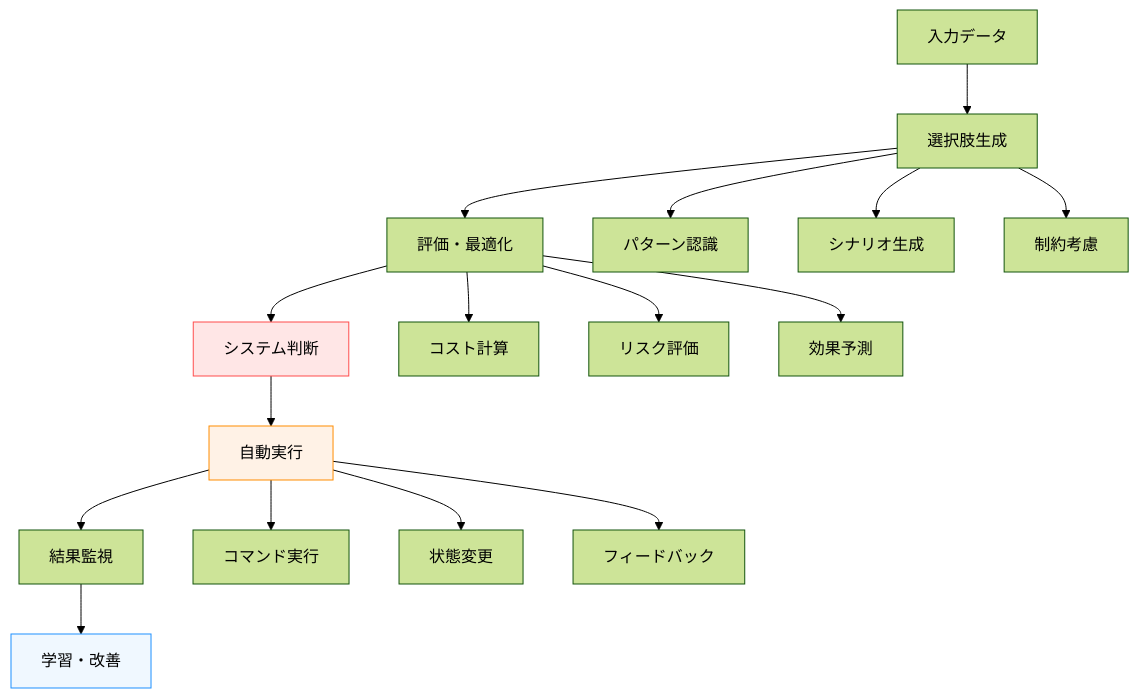
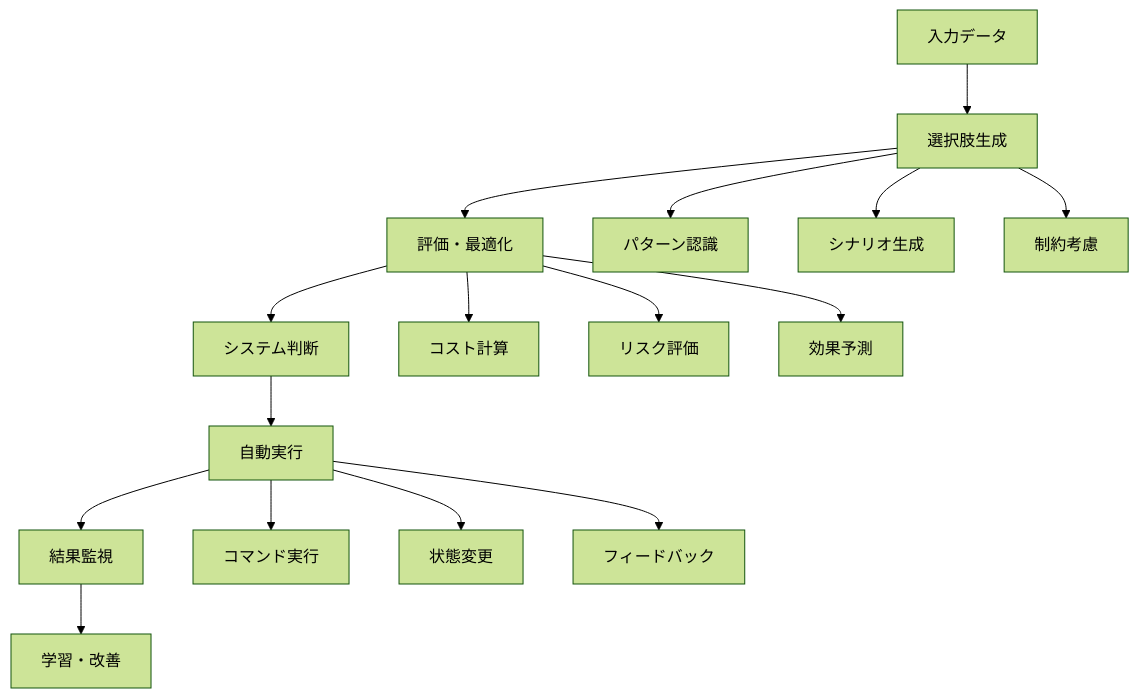
One commit to shuji-bonji/Situational-Awareness-and-Decision-Making changed the third of 3 diagrams in docs/software/sa-vs-dm-systems.md. Above: the diagram before and after it, drawn with Mermaid (forest theme). The commit also changed other lines of this file and 49 other files, not shown here.

Commit message:
fix: ダークモードで見づらい図の色の変更

````diff
--- a/docs/software/sa-vs-dm-systems.md
+++ b/docs/software/sa-vs-dm-systems.md
@@ -207,25 +207,25 @@
 ```mermaid
 graph TD
     A[入力データ] --> B[選択肢生成]
     B --> C[評価・最適化]
     C --> D[システム判断]
     D --> E[自動実行]
     E --> F[結果監視]
     F --> G[学習・改善]
     
     B --> B1[パターン認識]
     B --> B2[シナリオ生成]
     B --> B3[制約考慮]
     
     C --> C1[コスト計算]
     C --> C2[リスク評価]
     C --> C3[効果予測]
     
     E --> E1[コマンド実行]
     E --> E2[状態変更]
     E --> E3[フィードバック]
     
-    style D fill:#ffe6e6,stroke:#ff4d4d
-    style E fill:#fff2e6,stroke:#ff8c00
-    style G fill:#f0f8ff,stroke:#1e90ff
+
+
+
 ```
````
